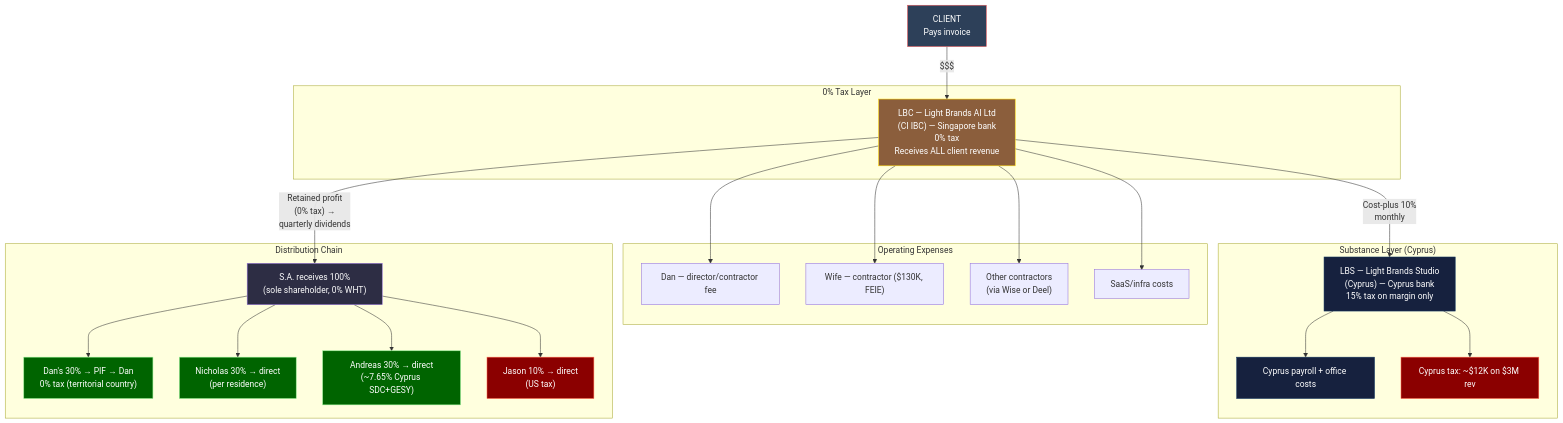
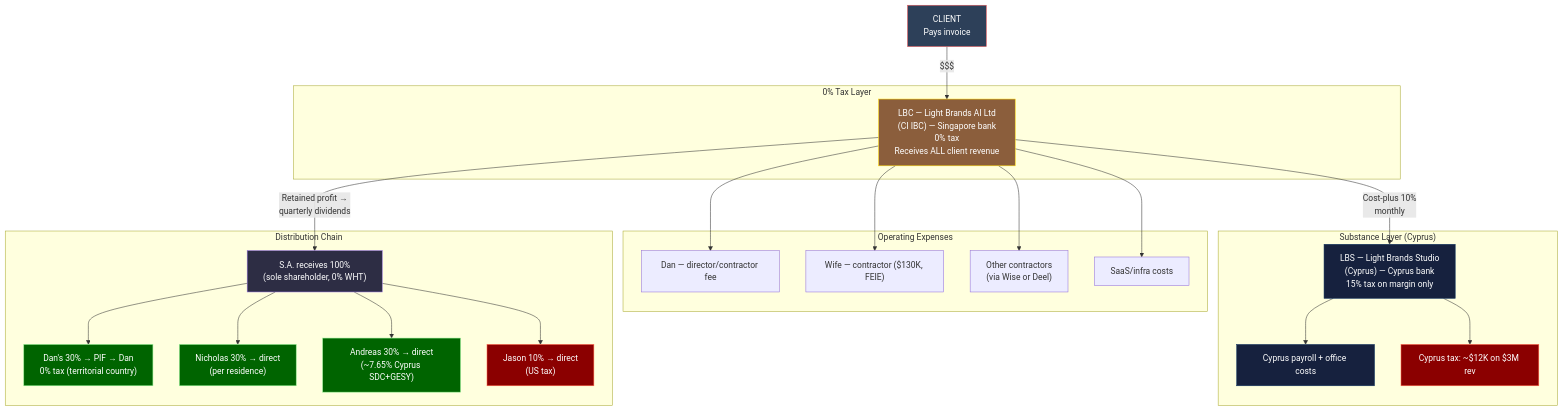
One commit to Light-Brands/epic-center changed the sixth of 9 diagrams in docs/tax-structure/light-brands/13-DAN-EXIT-US-AND-LB-SIMPLIFIED-STRUCTURE.md. Above: the diagram before and after it, drawn with Mermaid. The commit also changed other lines of this file and 1 other file, not shown here.

First line of the commit message:
Trim mermaid diagram text to fit within node boundaries

````diff
--- a/docs/tax-structure/light-brands/13-DAN-EXIT-US-AND-LB-SIMPLIFIED-STRUCTURE.md
+++ b/docs/tax-structure/light-brands/13-DAN-EXIT-US-AND-LB-SIMPLIFIED-STRUCTURE.md
@@ -578,57 +578,57 @@
 ```mermaid
 graph TB
     CLIENT["CLIENT<br/>Pays invoice"]
 
     subgraph "0% Tax Layer"
         LBC_BANK["LBC — Light Brands AI Ltd<br/>(CI IBC) — Singapore bank<br/>0% tax<br/>Receives ALL client revenue"]
     end
 
     subgraph "Substance Layer (Cyprus)"
         LBS_BANK["LBS — Light Brands Studio<br/>(Cyprus) — Cyprus bank<br/>15% tax on margin only"]
         LBS_PAY["Cyprus payroll + office costs"]
         LBS_TAX["Cyprus tax: ~$12K on $3M rev"]
     end
 
     subgraph "Operating Expenses"
         DAN_FEE["Dan — director/contractor fee"]
         WIFE_FEE["Wife — contractor ($130K, FEIE)"]
         CONTRACTORS["Other contractors<br/>(via Wise or Deel)"]
         SAAS["SaaS/infra costs"]
     end
 
     subgraph "Distribution Chain"
         SA_DIST["S.A. receives 100%<br/>(sole shareholder, 0% WHT)"]
         DAN_DIST["Dan's 30% → PIF → Dan<br/>0% tax (territorial country)"]
         NICH_DIST["Nicholas 30% → direct<br/>(per residence)"]
         ANDREAS_DIST["Andreas 30% → direct<br/>(~7.65% Cyprus SDC+GESY)"]
         JASON_DIST["Jason 10% → direct<br/>(US tax)"]
     end
 
     CLIENT -->|"$$$"| LBC_BANK
     LBC_BANK -->|"Cost-plus 10%<br/>monthly"| LBS_BANK
     LBS_BANK --> LBS_PAY
     LBS_BANK --> LBS_TAX
 
     LBC_BANK --> DAN_FEE
     LBC_BANK --> WIFE_FEE
     LBC_BANK --> CONTRACTORS
     LBC_BANK --> SAAS
 
-    LBC_BANK -->|"Retained profit<br/>(0% tax) →<br/>quarterly dividends"| SA_DIST
+    LBC_BANK -->|"Retained profit →<br/>quarterly dividends"| SA_DIST
 
     SA_DIST --> DAN_DIST
     SA_DIST --> NICH_DIST
     SA_DIST --> ANDREAS_DIST
     SA_DIST --> JASON_DIST
 
     style CLIENT fill:#2d4059,stroke:#ea5455,color:#fff
     style LBC_BANK fill:#8b5e3c,stroke:#ffd700,color:#fff
     style LBS_BANK fill:#16213e,stroke:#0f3460,color:#fff
     style LBS_PAY fill:#16213e,stroke:#0f3460,color:#fff
     style LBS_TAX fill:#8b0000,stroke:#ff6347,color:#fff
     style SA_DIST fill:#2d2d44,stroke:#9370db,color:#fff
     style DAN_DIST fill:#006400,stroke:#90ee90,color:#fff
     style NICH_DIST fill:#006400,stroke:#90ee90,color:#fff
     style ANDREAS_DIST fill:#006400,stroke:#90ee90,color:#fff
     style JASON_DIST fill:#8b0000,stroke:#ff6347,color:#fff
 ```
````
